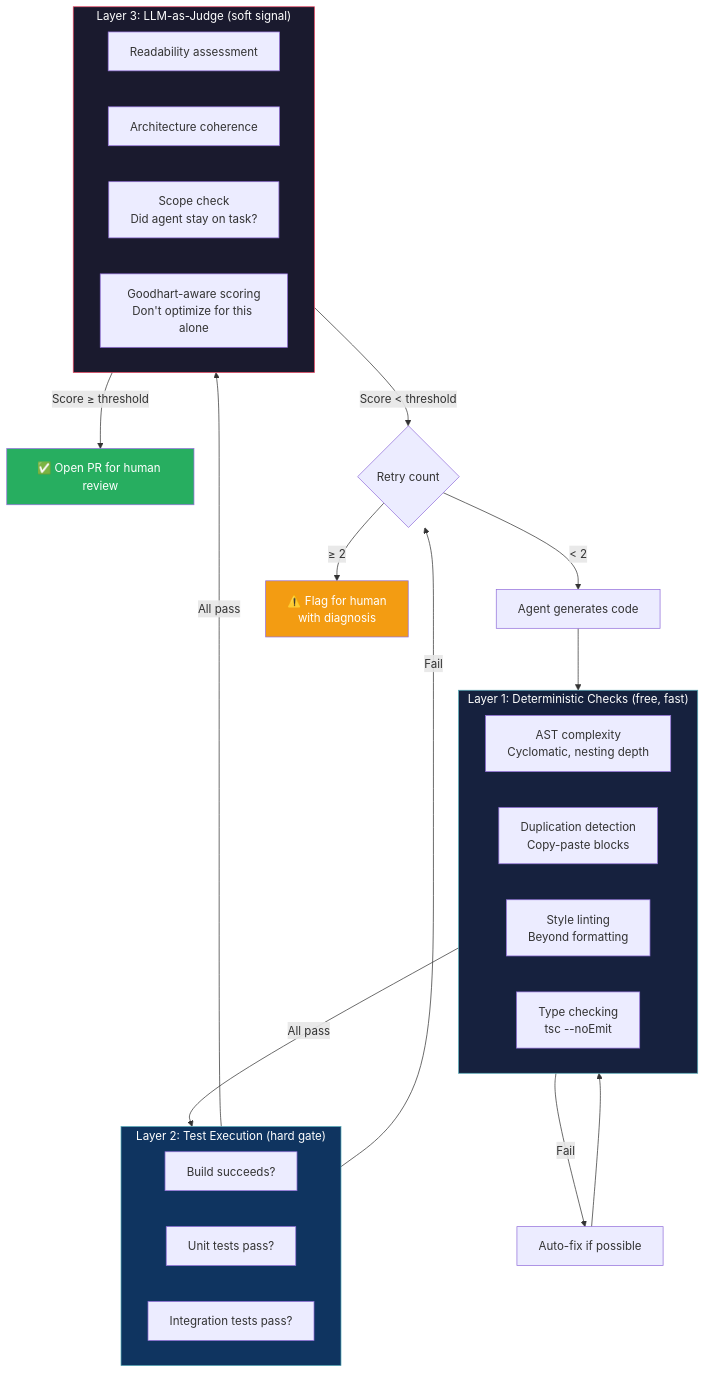
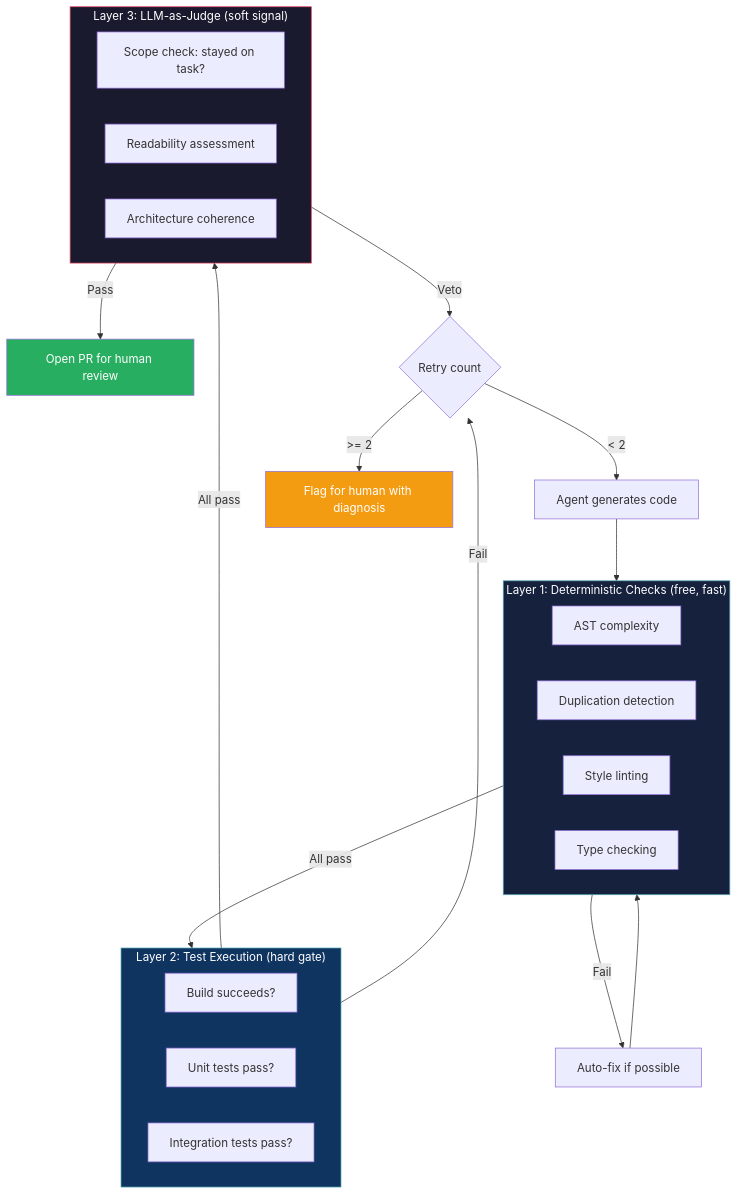
One commit to Chipagosfinest/software-factory changed the third of 3 diagrams in README.md. Above: the diagram before and after it, drawn with Mermaid. The commit also changed other lines of this file and 14 other files, not shown here.

````diff
--- a/README.md
+++ b/README.md
@@ -348,43 +219,42 @@
 ```mermaid
 flowchart TD
     CODE["Agent generates code"] --> DET
 
     subgraph DET["Layer 1: Deterministic Checks (free, fast)"]
-        AST["AST complexity<br/>Cyclomatic, nesting depth"]
-        DUP["Duplication detection<br/>Copy-paste blocks"]
-        LINT["Style linting<br/>Beyond formatting"]
-        TYPE["Type checking<br/>tsc --noEmit"]
+        AST["AST complexity"]
+        DUP["Duplication detection"]
+        LINT["Style linting"]
+        TYPE["Type checking"]
     end
 
     DET -->|All pass| TEST
 
     subgraph TEST["Layer 2: Test Execution (hard gate)"]
         BUILD["Build succeeds?"]
         UNIT["Unit tests pass?"]
         INTEG["Integration tests pass?"]
     end
 
     TEST -->|All pass| LLM
 
     subgraph LLM["Layer 3: LLM-as-Judge (soft signal)"]
+        SCOPE["Scope check: stayed on task?"]
         READ["Readability assessment"]
         ARCH["Architecture coherence"]
-        SCOPE["Scope check<br/>Did agent stay on task?"]
-        GOOD["Goodhart-aware scoring<br/>Don't optimize for this alone"]
     end
 
-    LLM -->|Score ≥ threshold| PR["✅ Open PR for human review"]
-    LLM -->|Score < threshold| RETRY{"Retry count"}
+    LLM -->|Pass| PR["Open PR for human review"]
+    LLM -->|Veto| RETRY{"Retry count"}
     TEST -->|Fail| RETRY
     DET -->|Fail| AUTOFIX["Auto-fix if possible"]
     AUTOFIX --> DET
 
     RETRY -->|"< 2"| CODE
-    RETRY -->|"≥ 2"| FLAG["⚠️ Flag for human<br/>with diagnosis"]
+    RETRY -->|">= 2"| FLAG["Flag for human with diagnosis"]
 
     style DET fill:#16213e,stroke:#53a8b6,color:#fff
     style TEST fill:#0f3460,stroke:#53a8b6,color:#fff
     style LLM fill:#1a1a2e,stroke:#e94560,color:#fff
     style PR fill:#27ae60,color:#fff
     style FLAG fill:#f39c12,color:#fff
 ```
````
